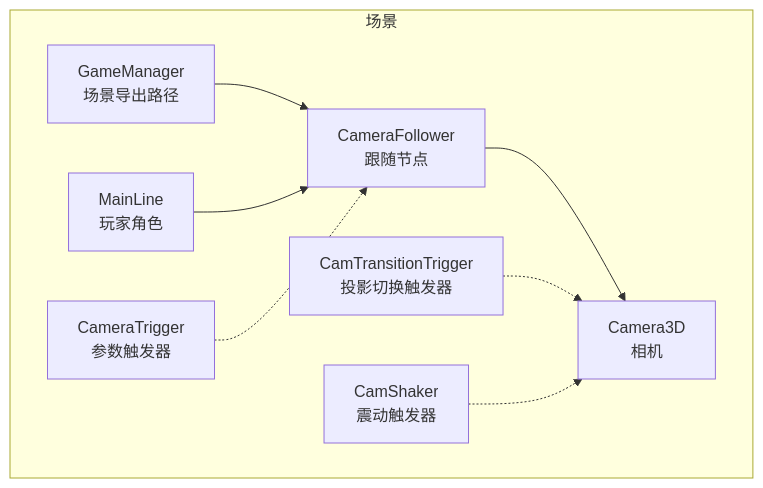
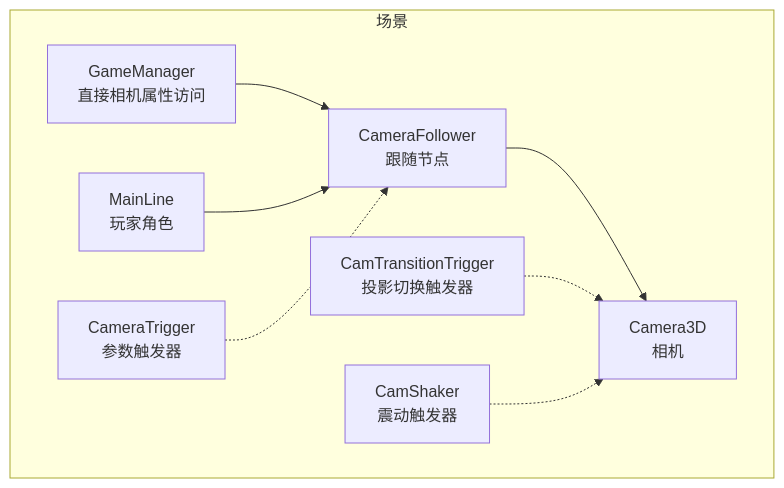
One commit to godotline/godot-line changed the first of 8 diagrams in .qoder/repowiki/zh/content/游戏系统/相机系统/相机跟随系统.md. Above: the diagram before and after it, drawn with Mermaid. The commit also changed other lines of this file and 18 other files, not shown here.

````diff
--- a/.qoder/repowiki/zh/content/游戏系统/相机系统/相机跟随系统.md
+++ b/.qoder/repowiki/zh/content/游戏系统/相机系统/相机跟随系统.md
@@ -45,18 +54,18 @@
 ```mermaid
 graph TB
 subgraph "场景"
-GM["GameManager<br/>场景导出路径"]
+GM["GameManager<br/>直接相机属性访问"]
 ML["MainLine<br/>玩家角色"]
 CF["CameraFollower<br/>跟随节点"]
 CAM["Camera3D<br/>相机"]
 CT["CameraTrigger<br/>参数触发器"]
 TT["CamTransitionTrigger<br/>投影切换触发器"]
 CS["CamShaker<br/>震动触发器"]
 end
 GM --> CF
 ML --> CF
 CF --> CAM
 CT -.-> CF
 TT -.-> CAM
 CS -.-> CAM
 ```
````
